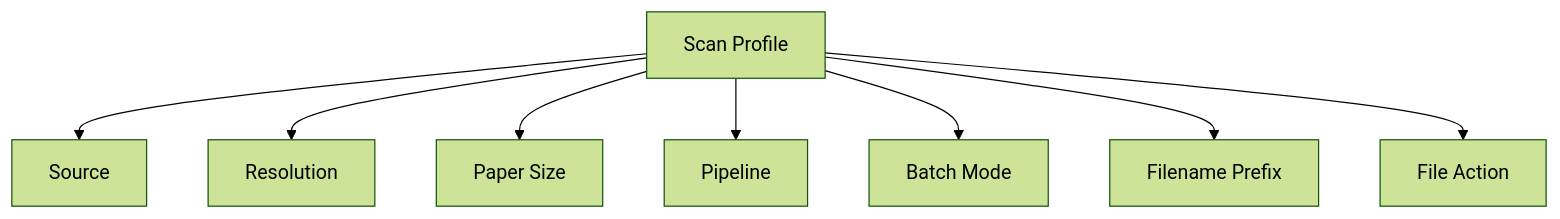
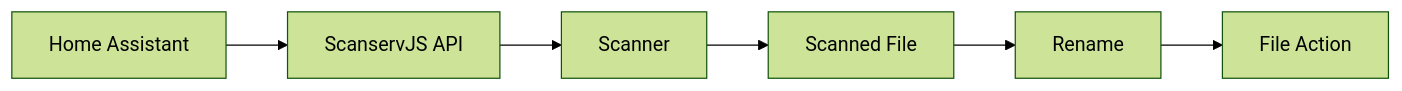
One commit to marioir2001/scanservjs_ha changed the second of 2 diagrams in README.md. Above: the diagram before and after it, drawn with Mermaid (forest theme).

````diff
--- a/README.md
+++ b/README.md
@@ -350,11 +350,8 @@
 ```mermaid
-flowchart TD
-    A[Scan Profile]
-    A --> B[Source]
-    A --> C[Resolution]
-    A --> D[Paper Size]
-    A --> E[Pipeline]
-    A --> F[Batch Mode]
-    A --> G[Filename Prefix]
-    A --> H[File Action]
+flowchart LR
+    HA[Home Assistant] --> API[ScanservJS API]
+    API --> Scanner[Scanner]
+    Scanner --> File[Scanned File]
+    File --> Rename[Rename]
+    Rename --> Action[File Action]
 ```
````
